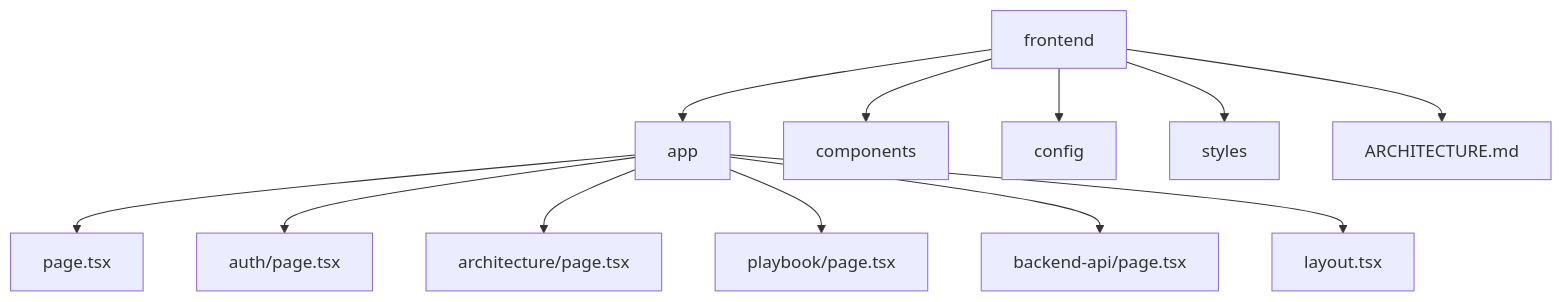
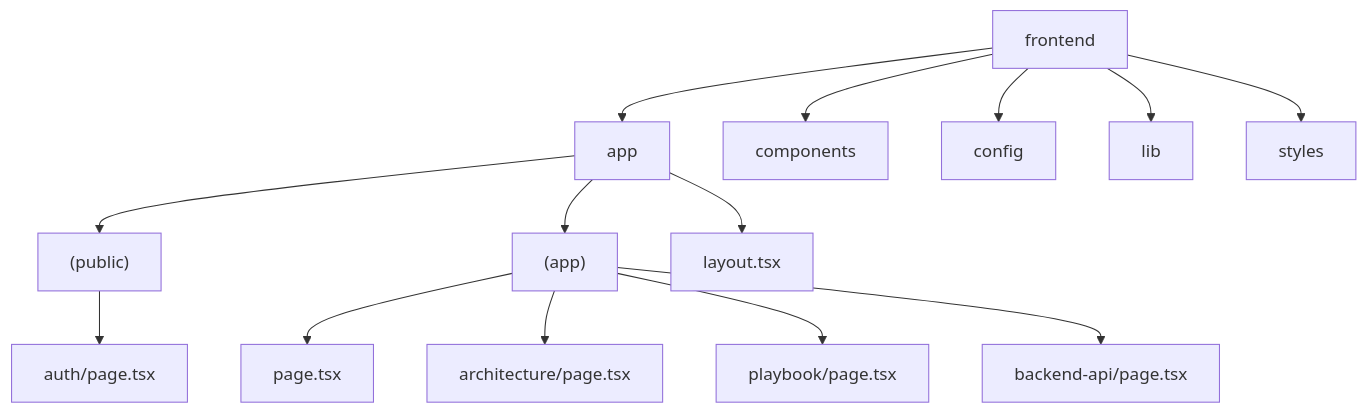
Before and after one commit to eqan/AI-Driven-Project-Template: the second of 8 diagrams in frontend/ARCHITECTURE.md, drawn with Mermaid. The commit also changed other lines of this file and 37 other files, not shown here.

Commit message:
main: refined the template and esepcially refined the agentic flow prompt

````diff
--- a/frontend/ARCHITECTURE.md
+++ b/frontend/ARCHITECTURE.md
@@ -27,22 +29,26 @@
 ```mermaid
 flowchart TD
     Frontend[frontend]
     App[app]
+    Public["(public)"]
+    Protected["(app)"]
     Components[components]
     Config[config]
+    Lib[lib]
     Styles[styles]
-    Docs[ARCHITECTURE.md]
 
     Frontend --> App
     Frontend --> Components
     Frontend --> Config
+    Frontend --> Lib
     Frontend --> Styles
-    Frontend --> Docs
 
-    App --> Home[page.tsx]
-    App --> Auth[auth/page.tsx]
-    App --> Architecture[architecture/page.tsx]
-    App --> Playbook[playbook/page.tsx]
-    App --> BackendApi[backend-api/page.tsx]
-    App --> Layout[layout.tsx]
+    App --> Public
+    App --> Protected
+    App --> RootLayout[layout.tsx]
+    Public --> Auth[auth/page.tsx]
+    Protected --> Home[page.tsx]
+    Protected --> Architecture[architecture/page.tsx]
+    Protected --> Playbook[playbook/page.tsx]
+    Protected --> BackendApi[backend-api/page.tsx]
 ```
````
